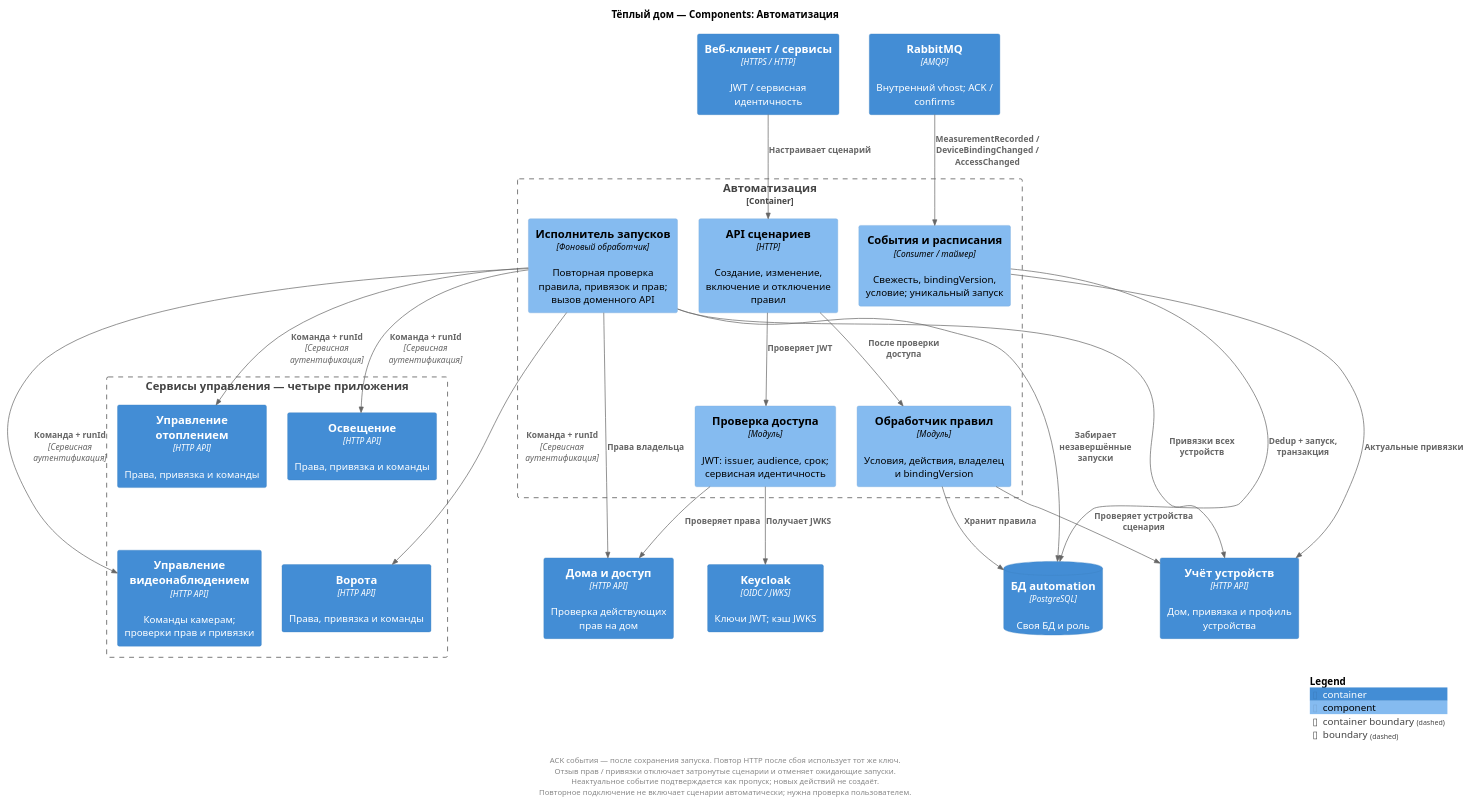
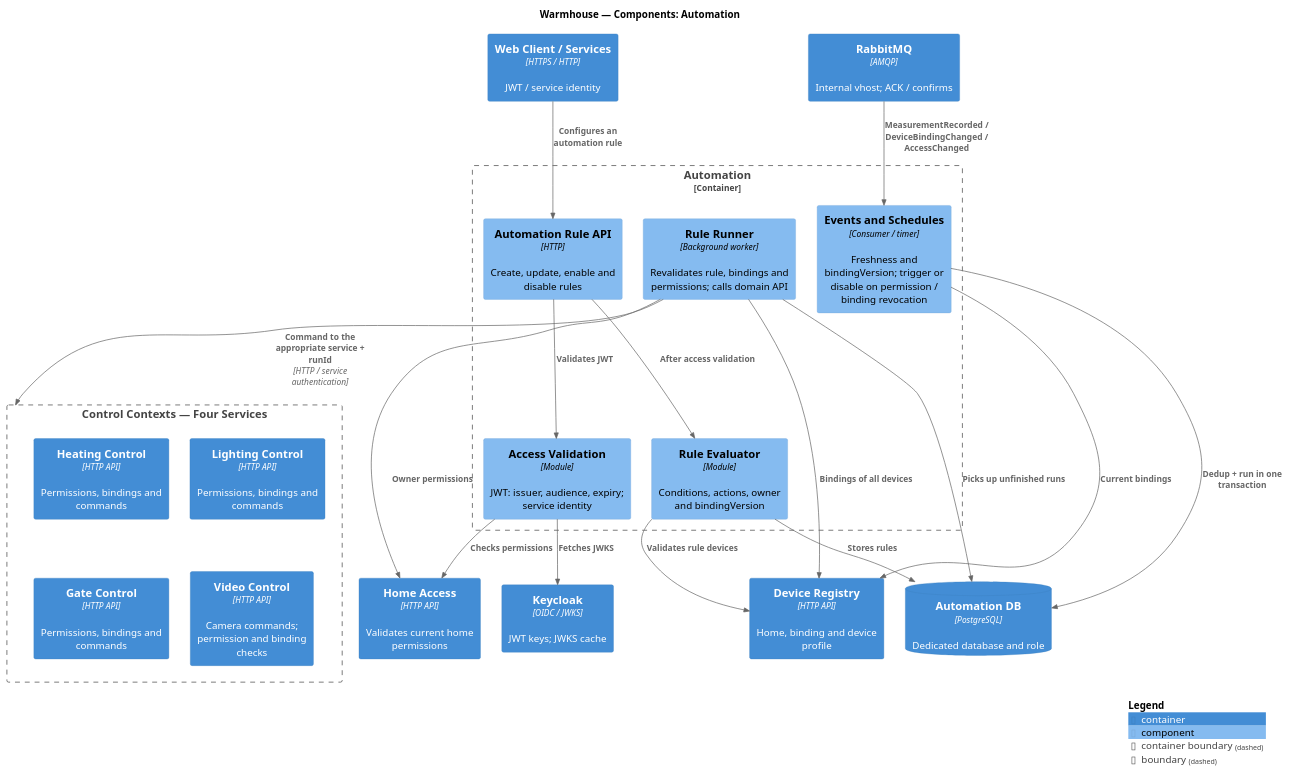
One commit to AndyMcFishka/architecture-pro-warmhouse changed the diagram in diagrams/components/automation.puml. Above: the diagram before and after it, drawn with PlantUML. The commit also changed 24 other files, not shown here.

```diff
--- a/diagrams/components/automation.puml
+++ b/diagrams/components/automation.puml
@@ -1,56 +1,46 @@
 @startuml
 !include <C4/C4_Component>
-title Тёплый дом — Components: Автоматизация
+title Warmhouse — Components: Automation
 LAYOUT_TOP_DOWN()
 skinparam nodesep 30
 skinparam ranksep 50
 
-Container(client, "Веб-клиент / сервисы", "HTTPS / HTTP", "JWT / сервисная идентичность")
-Container(idp, "Keycloak", "OIDC / JWKS", "Ключи JWT; кэш JWKS")
-Container(access, "Дома и доступ", "HTTP API", "Проверка действующих прав на дом")
-Container(registry, "Учёт устройств", "HTTP API", "Дом, привязка и профиль устройства")
-Container(broker, "RabbitMQ", "AMQP", "Внутренний vhost; ACK / confirms")
-Boundary(command_services, "Сервисы управления — четыре приложения") {
-  Container(heating, "Управление отоплением", "HTTP API", "Права, привязка и команды")
-  Container(lighting, "Освещение", "HTTP API", "Права, привязка и команды")
-  Container(gates, "Ворота", "HTTP API", "Права, привязка и команды")
-  Container(video, "Управление видеонаблюдением", "HTTP API", "Команды камерам; проверки прав и привязки")
+Container(client, "Web Client / Services", "HTTPS / HTTP", "JWT / service identity")
+Container(idp, "Keycloak", "OIDC / JWKS", "JWT keys; JWKS cache")
+Container(access, "Home Access", "HTTP API", "Validates current home permissions")
+Container(registry, "Device Registry", "HTTP API", "Home, binding and device profile")
+Container(broker, "RabbitMQ", "AMQP", "Internal vhost; ACK / confirms")
+Boundary(command_services, "Control Contexts — Four Services") {
+  Container(heating, "Heating Control", "HTTP API", "Permissions, bindings and commands")
+  Container(lighting, "Lighting Control", "HTTP API", "Permissions, bindings and commands")
+  Container(gates, "Gate Control", "HTTP API", "Permissions, bindings and commands")
+  Container(video, "Video Control", "HTTP API", "Camera commands; permission and binding checks")
 }
-Container_Boundary(service, "Автоматизация") {
-  Component(api, "API сценариев", "HTTP", "Создание, изменение, включение и отключение правил")
-  Component(auth, "Проверка доступа", "Модуль", "JWT: issuer, audience, срок; сервисная идентичность")
-  Component(rules, "Обработчик правил", "Модуль", "Условия, действия, владелец и bindingVersion")
-  Component(triggers, "События и расписания", "Consumer / таймер", "Свежесть, bindingVersion, условие; уникальный запуск")
-  Component(runner, "Исполнитель запусков", "Фоновый обработчик", "Повторная проверка правила, привязок и прав; вызов доменного API")
+Container_Boundary(service, "Automation") {
+  Component(api, "Automation Rule API", "HTTP", "Create, update, enable and disable rules")
+  Component(auth, "Access Validation", "Module", "JWT: issuer, audience, expiry; service identity")
+  Component(rules, "Rule Evaluator", "Module", "Conditions, actions, owner and bindingVersion")
+  Component(triggers, "Events and Schedules", "Consumer / timer", "Freshness and bindingVersion; trigger or disable on permission / binding revocation")
+  Component(runner, "Rule Runner", "Background worker", "Revalidates rule, bindings and permissions; calls domain API")
 }
-ContainerDb(db, "БД automation", "PostgreSQL", "Своя БД и роль")
+ContainerDb(db, "Automation DB", "PostgreSQL", "Dedicated database and role")
 
-Rel(client, api, "Настраивает сценарий", "")
-Rel(api, auth, "Проверяет JWT", "")
-Rel(auth, idp, "Получает JWKS", "")
-Rel(auth, access, "Проверяет права", "")
-Rel(api, rules, "После проверки доступа", "")
-Rel(rules, registry, "Проверяет устройства сценария", "")
-Rel(rules, db, "Хранит правила", "")
+Rel(client, api, "Configures an automation rule", "")
+Rel(api, auth, "Validates JWT", "")
+Rel(auth, idp, "Fetches JWKS", "")
+Rel(auth, access, "Checks permissions", "")
+Rel(api, rules, "After access validation", "")
+Rel(rules, registry, "Validates rule devices", "")
+Rel(rules, db, "Stores rules", "")
 Rel(broker, triggers, "MeasurementRecorded / DeviceBindingChanged / AccessChanged", "")
-Rel(triggers, registry, "Актуальные привязки", "")
-Rel(runner, registry, "Привязки всех устройств", "")
-Rel(triggers, db, "Dedup + запуск, транзакция", "")
-Rel(runner, db, "Забирает незавершённые запуски", "")
-Rel(runner, access, "Права владельца", "")
-Rel(runner, heating, "Команда + runId", "Сервисная аутентификация")
-Rel(runner, lighting, "Команда + runId", "Сервисная аутентификация")
-Rel(runner, gates, "Команда + runId", "Сервисная аутентификация")
-footer
-ACK события — после сохранения запуска. Повтор HTTP после сбоя использует тот же ключ.
-Отзыв прав / привязки отключает затронутые сценарии и отменяет ожидающие запуски.
-Неактуальное событие подтверждается как пропуск; новых действий не создаёт.
-Повторное подключение не включает сценарии автоматически; нужна проверка пользователем.
-end footer
-Rel(runner, video, "Команда + runId", "Сервисная аутентификация")
-skinparam footerFontSize 11
+Rel(triggers, registry, "Current bindings", "")
+Rel(runner, registry, "Bindings of all devices", "")
+Rel(triggers, db, "Dedup + run in one transaction", "")
+Rel(runner, db, "Picks up unfinished runs", "")
+Rel(runner, access, "Owner permissions", "")
+Rel(runner, command_services, "Command to the appropriate service + runId", "HTTP / service authentication")
 Lay_R(heating, lighting)
 Lay_D(heating, gates)
 Lay_R(gates, video)
 SHOW_LEGEND()
 @enduml
```
